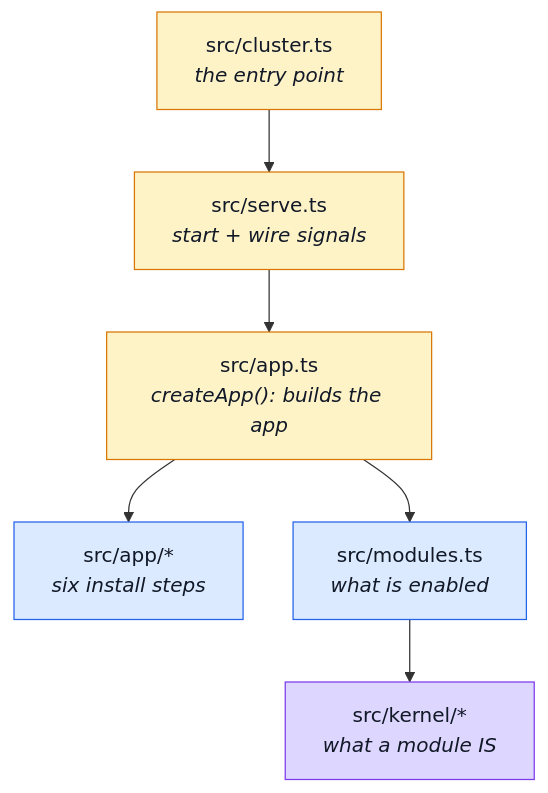
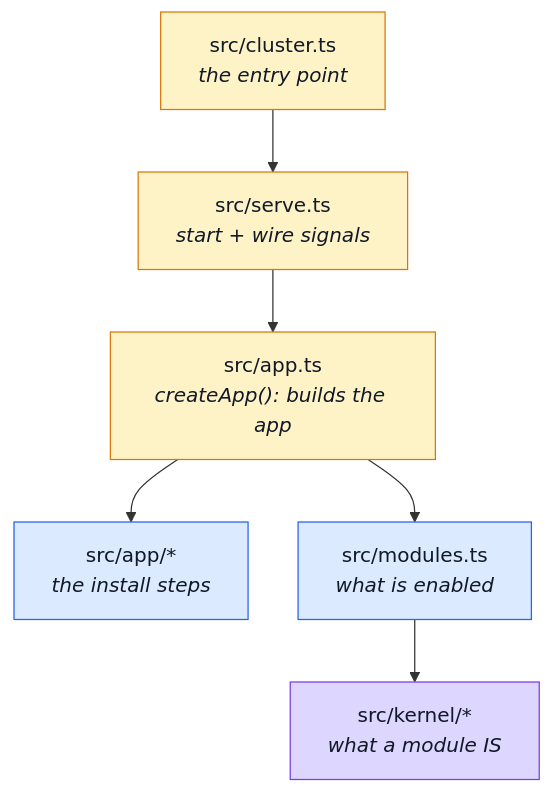
Before and after one commit to Guebbit/boilerplate-node-backend: the diagram in docs/reference/src-app.md, drawn with Mermaid. The commit also changed other lines of this file and 130 other files, not shown here.

````diff
--- a/docs/reference/src-app.md
+++ b/docs/reference/src-app.md
@@ -13,16 +13,16 @@
 ```mermaid
 %%{init: {'flowchart': {'nodeSpacing': 40, 'rankSpacing': 50}}}%%
 flowchart TD
     Cluster["src/cluster.ts<br/><i>the entry point</i>"] --> Serve["src/serve.ts<br/><i>start + wire signals</i>"]
     Serve --> App["src/app.ts<br/><i>createApp(): builds the app</i>"]
-    App --> Install["src/app/*<br/><i>six install steps</i>"]
+    App --> Install["src/app/*<br/><i>the install steps</i>"]
     App --> Mods["src/modules.ts<br/><i>what is enabled</i>"]
     Mods --> Kernel["src/kernel/*<br/><i>what a module IS</i>"]
 
     classDef boot fill:#fef3c7,stroke:#d97706,color:#111827;
     classDef asm fill:#dbeafe,stroke:#2563eb,color:#111827;
     classDef ker fill:#ddd6fe,stroke:#7c3aed,color:#111827;
     class Cluster,Serve,App boot;
     class Install,Mods asm;
     class Kernel ker;
 ```
````
